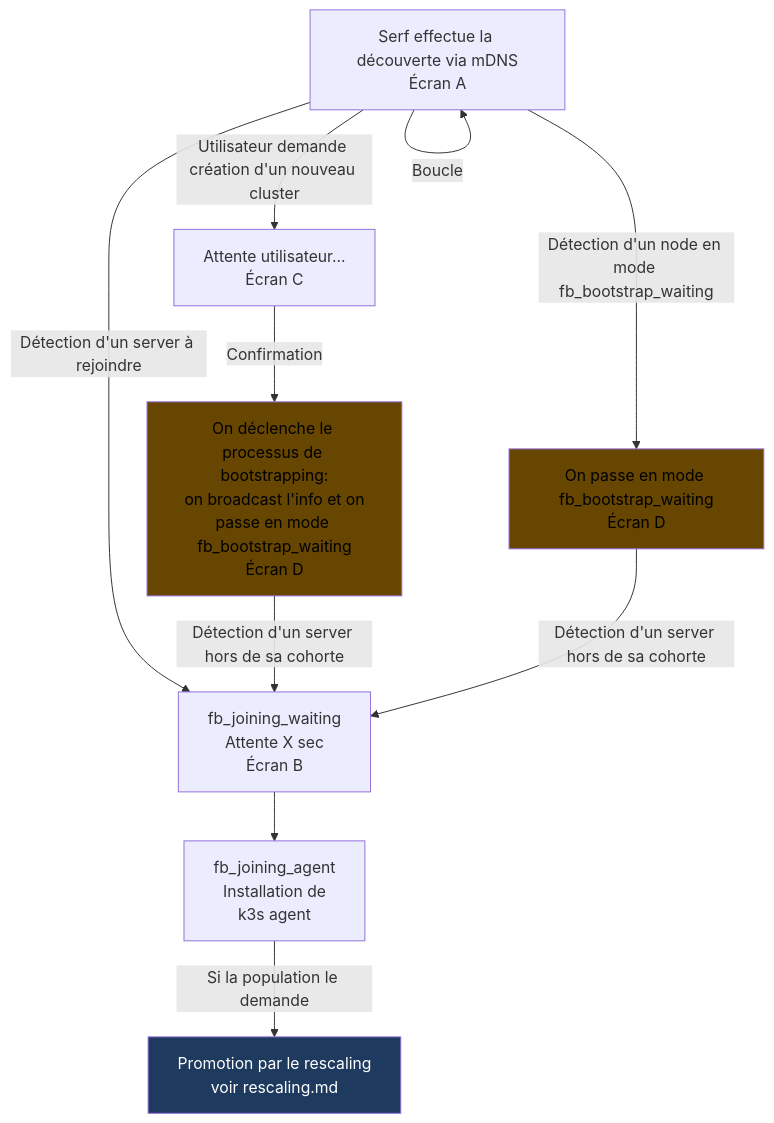
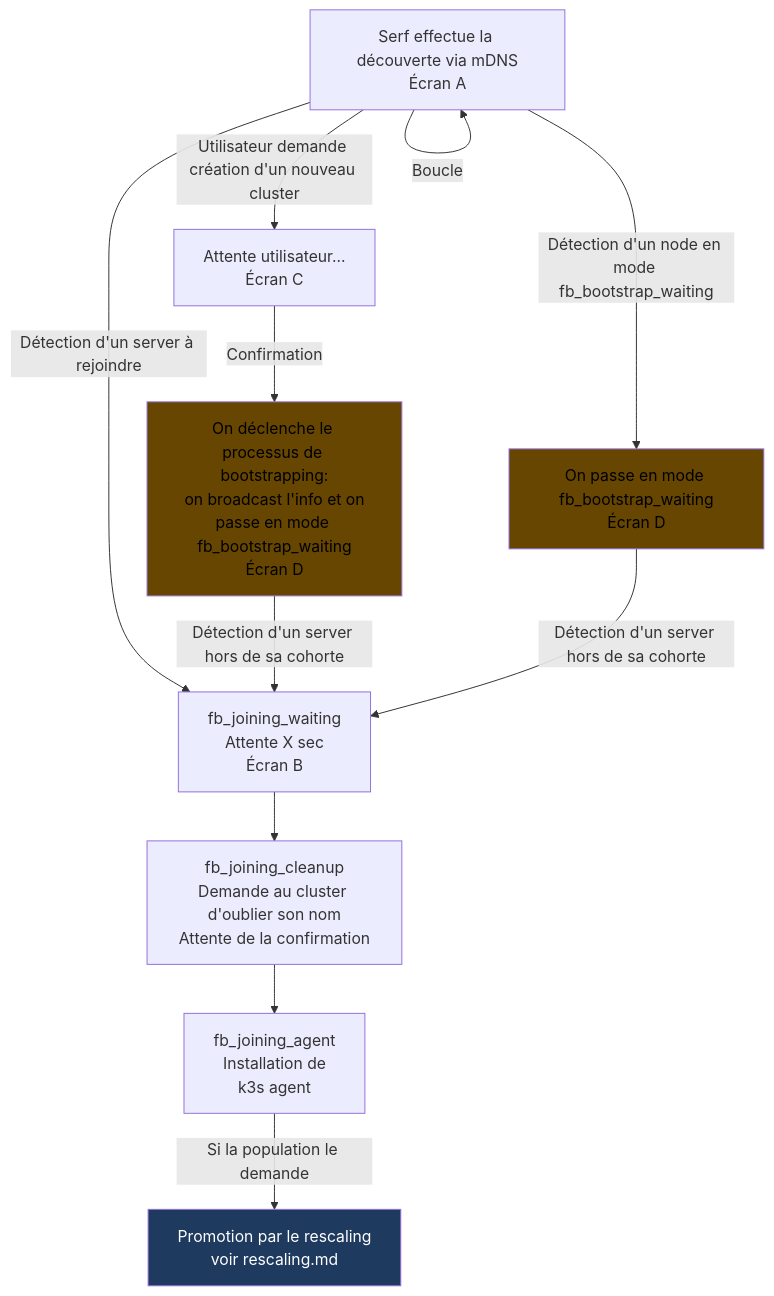
One commit to jeremie-arcidiacono/Zero-Config-HA-Cluster changed the first of 2 diagrams in docs/logics/bootstrap.md. Above: the diagram before and after it, drawn with Mermaid. The commit also changed other lines of this file and 7 other files, not shown here.

````diff
--- a/docs/logics/bootstrap.md
+++ b/docs/logics/bootstrap.md
@@ -51,16 +53,17 @@
 ```mermaid
 flowchart TD
     A[Serf effectue la découverte via mDNS\nÉcran A]
     A -- Boucle --> A
     A -- Utilisateur demande création d'un nouveau cluster --> B[Attente utilisateur...\nÉcran C]
     B -- Confirmation --> C[On déclenche le processus de bootstrapping:\n on broadcast l'info et on passe en mode fb_bootstrap_waiting\nÉcran D]
     A -- Détection d'un node en mode fb_bootstrap_waiting --> D[On passe en mode fb_bootstrap_waiting\nÉcran D]
     A -- Détection d'un server à rejoindre --> E[fb_joining_waiting\nAttente X sec\nÉcran B]
     C -- Détection d'un server hors de sa cohorte --> E
     D -- Détection d'un server hors de sa cohorte --> E
-    E --> L[fb_joining_agent\nInstallation de \nk3s agent]
+    E --> K[fb_joining_cleanup\nDemande au cluster d'oublier son nom\nAttente de la confirmation]
+    K --> L[fb_joining_agent\nInstallation de \nk3s agent]
     L -- Si la population le demande --> M[Promotion par le rescaling\nvoir rescaling.md]
     style C fill: #664600, color: #000
     style D fill: #664600, color: #000
     style M fill: #1f3a5f, color: #fff
 ```
````
